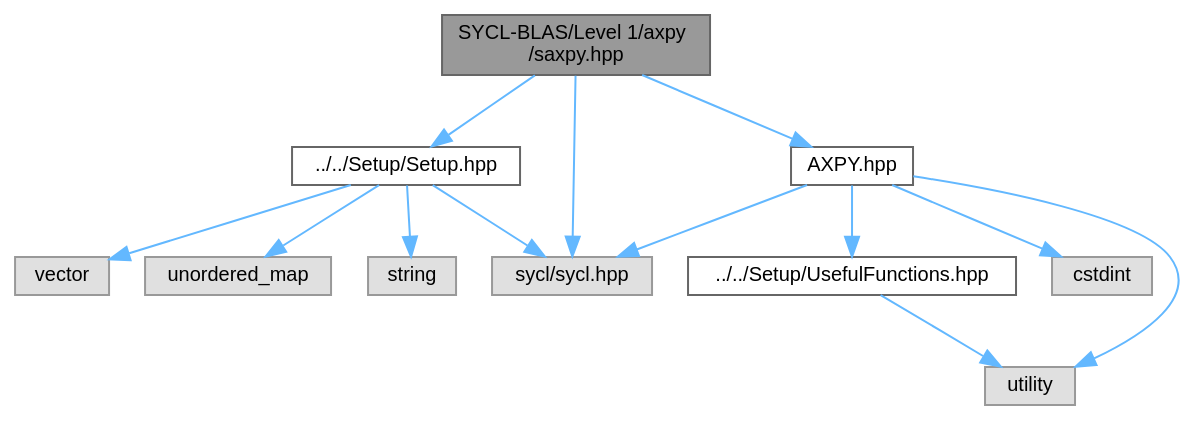
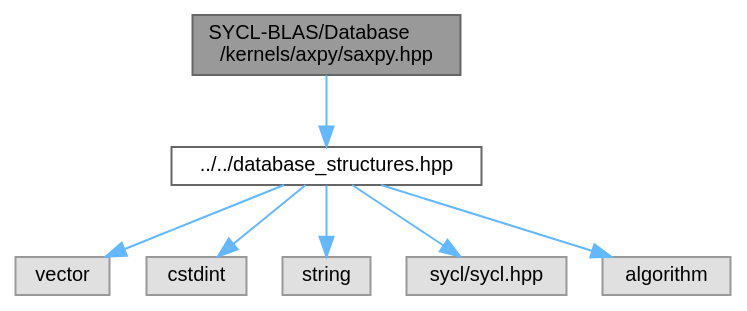
The diagram in docs/saxpy_8hpp__incl.dot (Mayukh-Banik/SYCL-BLAS), drawn with Graphviz before and after one commit. The commit also changed 261 other files, not shown here.

```diff
--- a/docs/saxpy_8hpp__incl.dot
+++ b/docs/saxpy_8hpp__incl.dot
@@ -1,29 +1,20 @@
-digraph "SYCL-BLAS/Level 1/axpy/saxpy.hpp"
+digraph "SYCL-BLAS/Database/kernels/axpy/saxpy.hpp"
 {
  // LATEX_PDF_SIZE
   bgcolor="transparent";
   edge [fontname=Helvetica,fontsize=10,labelfontname=Helvetica,labelfontsize=10];
   node [fontname=Helvetica,fontsize=10,shape=box,height=0.2,width=0.4];
-  Node1 [id="Node000001",label="SYCL-BLAS/Level 1/axpy\l/saxpy.hpp",height=0.2,width=0.4,color="gray40", fillcolor="grey60", style="filled", fontcolor="black",tooltip=" "];
+  Node1 [id="Node000001",label="SYCL-BLAS/Database\l/kernels/axpy/saxpy.hpp",height=0.2,width=0.4,color="gray40", fillcolor="grey60", style="filled", fontcolor="black",tooltip=" "];
   Node1 -> Node2 [id="edge1_Node000001_Node000002",color="steelblue1",style="solid",tooltip=" "];
-  Node2 [id="Node000002",label="sycl/sycl.hpp",height=0.2,width=0.4,color="grey60", fillcolor="#E0E0E0", style="filled",tooltip=" "];
-  Node1 -> Node3 [id="edge2_Node000001_Node000003",color="steelblue1",style="solid",tooltip=" "];
-  Node3 [id="Node000003",label="../../Setup/Setup.hpp",height=0.2,width=0.4,color="grey40", fillcolor="white", style="filled",URL="$Setup_8hpp.html",tooltip=" "];
-  Node3 -> Node4 [id="edge3_Node000003_Node000004",color="steelblue1",style="solid",tooltip=" "];
-  Node4 [id="Node000004",label="unordered_map",height=0.2,width=0.4,color="grey60", fillcolor="#E0E0E0", style="filled",tooltip=" "];
-  Node3 -> Node5 [id="edge4_Node000003_Node000005",color="steelblue1",style="solid",tooltip=" "];
+  Node2 [id="Node000002",label="../../database_structures.hpp",height=0.2,width=0.4,color="grey40", fillcolor="white", style="filled",URL="$database__structures_8hpp.html",tooltip=" "];
+  Node2 -> Node3 [id="edge2_Node000002_Node000003",color="steelblue1",style="solid",tooltip=" "];
+  Node3 [id="Node000003",label="vector",height=0.2,width=0.4,color="grey60", fillcolor="#E0E0E0", style="filled",tooltip=" "];
+  Node2 -> Node4 [id="edge3_Node000002_Node000004",color="steelblue1",style="solid",tooltip=" "];
+  Node4 [id="Node000004",label="cstdint",height=0.2,width=0.4,color="grey60", fillcolor="#E0E0E0", style="filled",tooltip=" "];
+  Node2 -> Node5 [id="edge4_Node000002_Node000005",color="steelblue1",style="solid",tooltip=" "];
   Node5 [id="Node000005",label="string",height=0.2,width=0.4,color="grey60", fillcolor="#E0E0E0", style="filled",tooltip=" "];
-  Node3 -> Node2 [id="edge5_Node000003_Node000002",color="steelblue1",style="solid",tooltip=" "];
-  Node3 -> Node6 [id="edge6_Node000003_Node000006",color="steelblue1",style="solid",tooltip=" "];
-  Node6 [id="Node000006",label="vector",height=0.2,width=0.4,color="grey60", fillcolor="#E0E0E0", style="filled",tooltip=" "];
-  Node1 -> Node7 [id="edge7_Node000001_Node000007",color="steelblue1",style="solid",tooltip=" "];
-  Node7 [id="Node000007",label="AXPY.hpp",height=0.2,width=0.4,color="grey40", fillcolor="white", style="filled",URL="$AXPY_8hpp.html",tooltip=" "];
-  Node7 -> Node2 [id="edge8_Node000007_Node000002",color="steelblue1",style="solid",tooltip=" "];
-  Node7 -> Node8 [id="edge9_Node000007_Node000008",color="steelblue1",style="solid",tooltip=" "];
-  Node8 [id="Node000008",label="cstdint",height=0.2,width=0.4,color="grey60", fillcolor="#E0E0E0", style="filled",tooltip=" "];
-  Node7 -> Node9 [id="edge10_Node000007_Node000009",color="steelblue1",style="solid",tooltip=" "];
-  Node9 [id="Node000009",label="utility",height=0.2,width=0.4,color="grey60", fillcolor="#E0E0E0", style="filled",tooltip=" "];
-  Node7 -> Node10 [id="edge11_Node000007_Node000010",color="steelblue1",style="solid",tooltip=" "];
-  Node10 [id="Node000010",label="../../Setup/UsefulFunctions.hpp",height=0.2,width=0.4,color="grey40", fillcolor="white", style="filled",URL="$UsefulFunctions_8hpp.html",tooltip=" "];
-  Node10 -> Node9 [id="edge12_Node000010_Node000009",color="steelblue1",style="solid",tooltip=" "];
+  Node2 -> Node6 [id="edge5_Node000002_Node000006",color="steelblue1",style="solid",tooltip=" "];
+  Node6 [id="Node000006",label="sycl/sycl.hpp",height=0.2,width=0.4,color="grey60", fillcolor="#E0E0E0", style="filled",tooltip=" "];
+  Node2 -> Node7 [id="edge6_Node000002_Node000007",color="steelblue1",style="solid",tooltip=" "];
+  Node7 [id="Node000007",label="algorithm",height=0.2,width=0.4,color="grey60", fillcolor="#E0E0E0", style="filled",tooltip=" "];
 }
```
